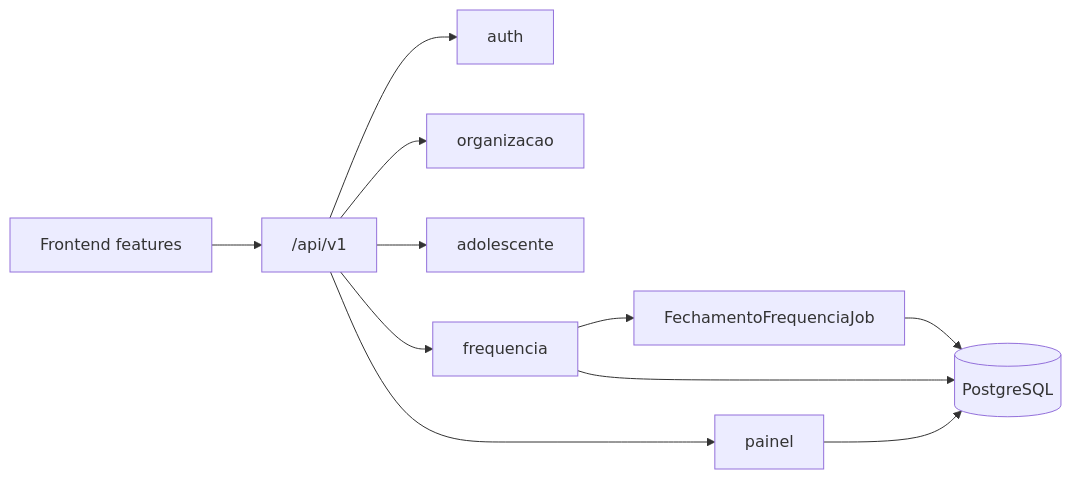
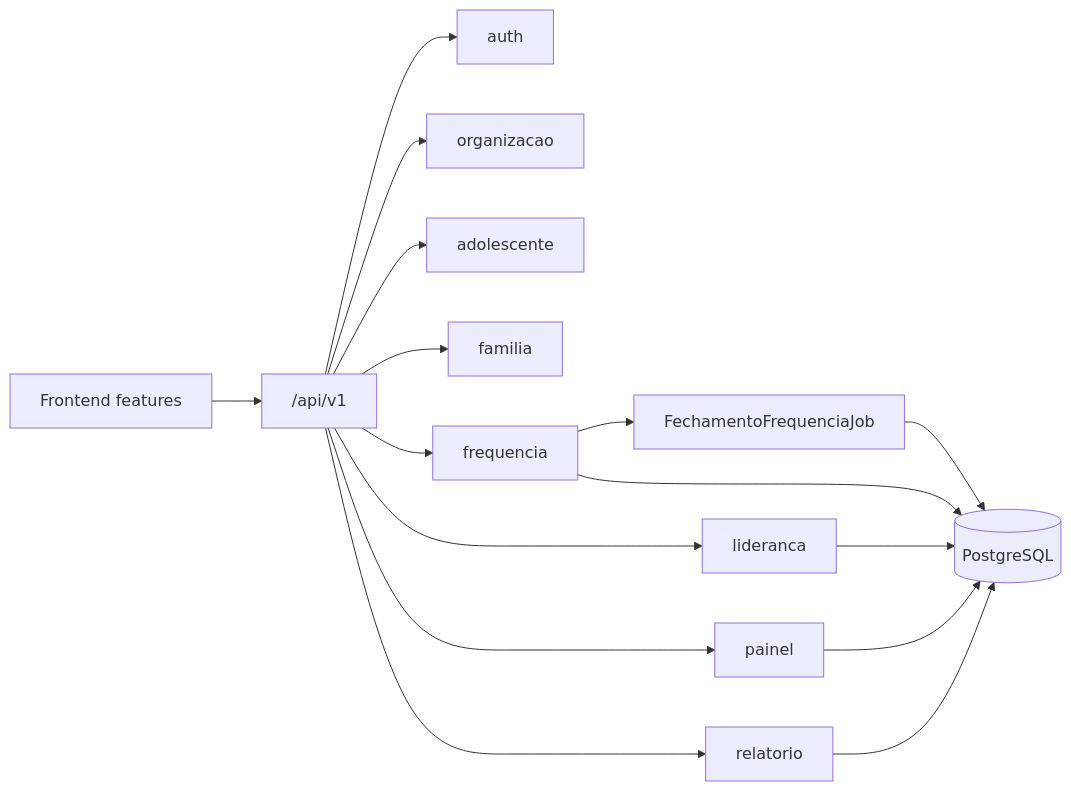
Before and after one commit to apontes77/sgd: the diagram in docs/07-arquitetura.md, drawn with Mermaid. The commit also changed other lines of this file and 1 other file, not shown here.

````diff
--- a/docs/07-arquitetura.md
+++ b/docs/07-arquitetura.md
@@ -64,13 +67,18 @@
 ```mermaid
 flowchart LR
   UI[Frontend features] --> API["/api/v1"]
   API --> Auth[auth]
   API --> Org[organizacao]
   API --> Adol[adolescente]
+  API --> Fam[familia]
   API --> Freq[frequencia]
+  API --> Lid[lideranca]
   API --> Painel[painel]
+  API --> Rel[relatorio]
   Freq --> Job[FechamentoFrequenciaJob]
   Job --> DB[(PostgreSQL)]
   Freq --> DB
+  Lid --> DB
   Painel --> DB
+  Rel --> DB
 ```
````
